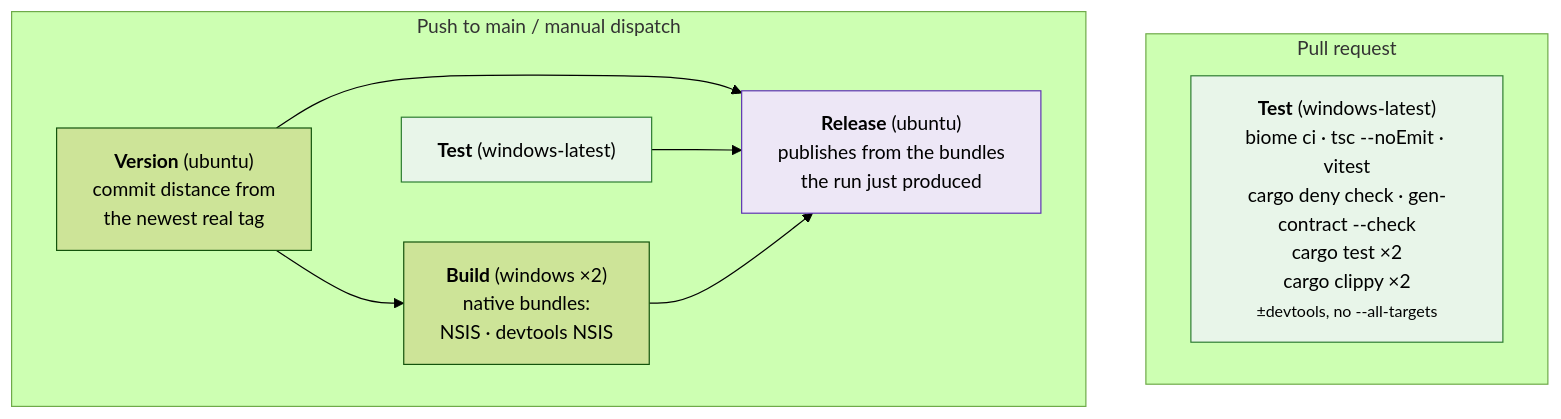
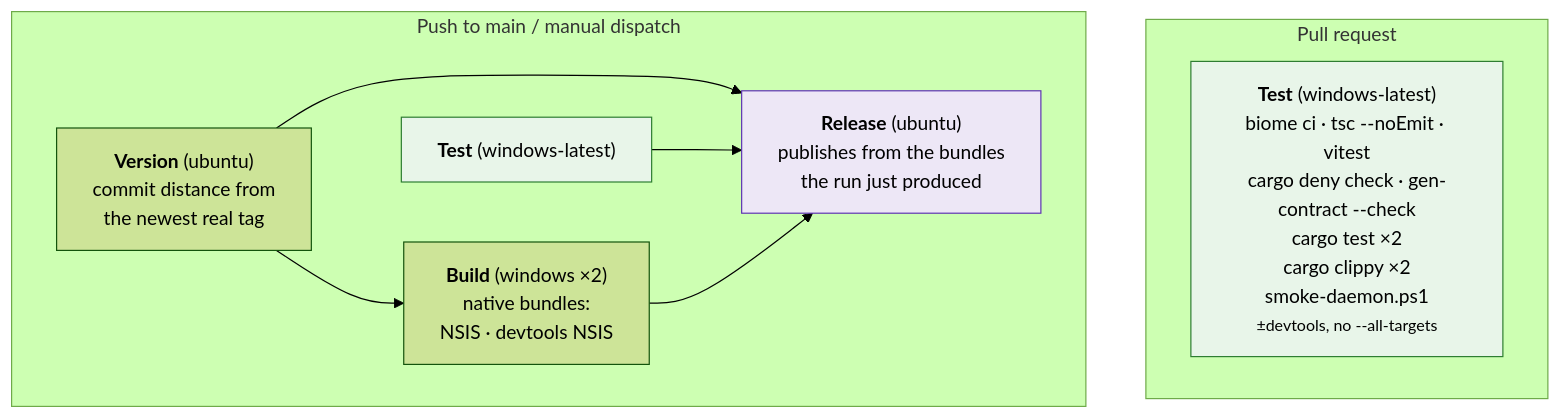
One commit to NinjaGoldfinch/ninja-recorder changed the first of 3 diagrams in docs/ci-and-releases.md. Above: the diagram before and after it, drawn with Mermaid (forest theme). The commit also changed other lines of this file and 3 other files, not shown here.

````diff
--- a/docs/ci-and-releases.md
+++ b/docs/ci-and-releases.md
@@ -14,19 +14,19 @@
 ```mermaid
 flowchart TB
     subgraph PR["Pull request"]
-        T1["<b>Test</b> (windows-latest)<br/>biome ci · tsc --noEmit · vitest<br/>cargo deny check · gen-contract --check<br/>cargo test ×2<br/>cargo clippy ×2<br/><small>±devtools, no --all-targets</small>"]
+        T1["<b>Test</b> (windows-latest)<br/>biome ci · tsc --noEmit · vitest<br/>cargo deny check · gen-contract --check<br/>cargo test ×2<br/>cargo clippy ×2<br/>smoke-daemon.ps1<br/><small>±devtools, no --all-targets</small>"]
     end
     subgraph MAIN["Push to main / manual dispatch"]
         T["<b>Test</b> (windows-latest)"]
         V["<b>Version</b> (ubuntu)<br/>commit distance from<br/>the newest real tag"]
         B["<b>Build</b> (windows ×2)<br/>native bundles:<br/>NSIS · devtools NSIS"]
         R["<b>Release</b> (ubuntu)<br/>publishes from the bundles<br/>the run just produced"]
         V --> B
         V --> R
         T --> R
         B --> R
     end
     style T1 fill:#e8f5e9,stroke:#2e7d32
     style T fill:#e8f5e9,stroke:#2e7d32
     style R fill:#ede7f6,stroke:#5e35b1
 ```
````
